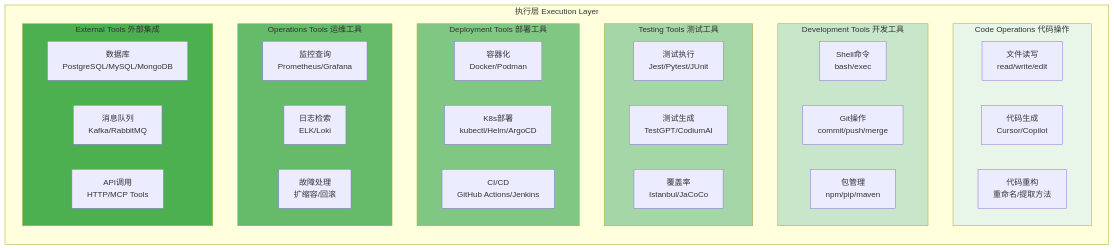
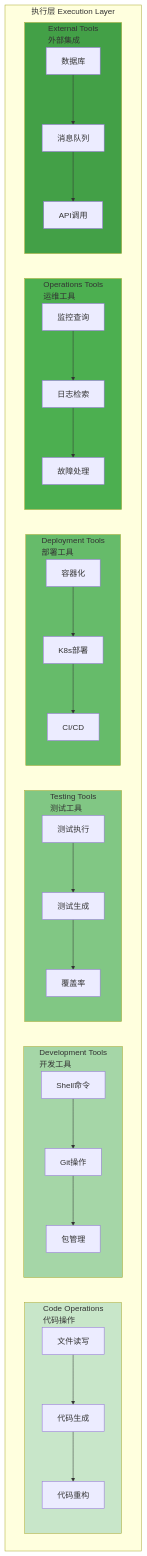
The third of 7 diagrams in articles/ai-assisted-dev-toolmap.md (yves960/articles), drawn with Mermaid before and after one commit. The commit also changed other lines of this file, not shown here.

First line of the commit message:
docs: 修正结构 - Harness包围Agent，DevOps流程独立在外

````diff
--- a/articles/ai-assisted-dev-toolmap.md
+++ b/articles/ai-assisted-dev-toolmap.md
@@ -186,49 +179,53 @@
 ```mermaid
 graph TB
     subgraph Execution["执行层 Execution Layer"]
-        direction TB
-        
-        subgraph CodeOps["Code Operations 代码操作"]
-            CO1[文件读写<br/>read/write/edit]
-            CO2[代码生成<br/>Cursor/Copilot]
-            CO3[代码重构<br/>重命名/提取方法]
+        subgraph CodeOps["Code Operations<br/>代码操作"]
+            CO1[文件读写]
+            CO2[代码生成]
+            CO3[代码重构]
+            CO1 --> CO2 --> CO3
         end
         
-        subgraph DevTools["Development Tools 开发工具"]
-            DT1[Shell命令<br/>bash/exec]
-            DT2[Git操作<br/>commit/push/merge]
-            DT3[包管理<br/>npm/pip/maven]
+        subgraph DevTools["Development Tools<br/>开发工具"]
+            DT1[Shell命令]
+            DT2[Git操作]
+            DT3[包管理]
+            DT1 --> DT2 --> DT3
         end
         
-        subgraph TestTools["Testing Tools 测试工具"]
-            TT1[测试执行<br/>Jest/Pytest/JUnit]
-            TT2[测试生成<br/>TestGPT/CodiumAI]
-            TT3[覆盖率<br/>Istanbul/JaCoCo]
+        subgraph TestTools["Testing Tools<br/>测试工具"]
+            TT1[测试执行]
+            TT2[测试生成]
+            TT3[覆盖率]
+            TT1 --> TT2 --> TT3
         end
         
-        subgraph DeployTools["Deployment Tools 部署工具"]
-            DP1[容器化<br/>Docker/Podman]
-            DP2[K8s部署<br/>kubectl/Helm/ArgoCD]
-            DP3[CI/CD<br/>GitHub Actions/Jenkins]
+        subgraph DeployTools["Deployment Tools<br/>部署工具"]
+            DP1[容器化]
+            DP2[K8s部署]
+            DP3[CI/CD]
+            DP1 --> DP2 --> DP3
         end
         
-        subgraph OpsTools["Operations Tools 运维工具"]
-            OT1[监控查询<br/>Prometheus/Grafana]
-            OT2[日志检索<br/>ELK/Loki]
-            OT3[故障处理<br/>扩缩容/回滚]
+        subgraph OpsTools["Operations Tools<br/>运维工具"]
+            OT1[监控查询]
+            OT2[日志检索]
+            OT3[故障处理]
+            OT1 --> OT2 --> OT3
         end
         
-        subgraph ExtTools["External Tools 外部集成"]
-            ET1[数据库<br/>PostgreSQL/MySQL/MongoDB]
-            ET2[消息队列<br/>Kafka/RabbitMQ]
-            ET3[API调用<br/>HTTP/MCP Tools]
+        subgraph ExtTools["External Tools<br/>外部集成"]
+            ET1[数据库]
+            ET2[消息队列]
+            ET3[API调用]
+            ET1 --> ET2 --> ET3
         end
     end
     
-    style CodeOps fill:#e8f5e9
-    style DevTools fill:#c8e6c9
-    style TestTools fill:#a5d6a7
-    style DeployTools fill:#81c784
-    style OpsTools fill:#66bb6a
-    style ExtTools fill:#4caf50
+    style CodeOps fill:#c8e6c9
+    style DevTools fill:#a5d6a7
+    style TestTools fill:#81c784
+    style DeployTools fill:#66bb6a
+    style OpsTools fill:#4caf50
+    style ExtTools fill:#43a047
 ```
````
